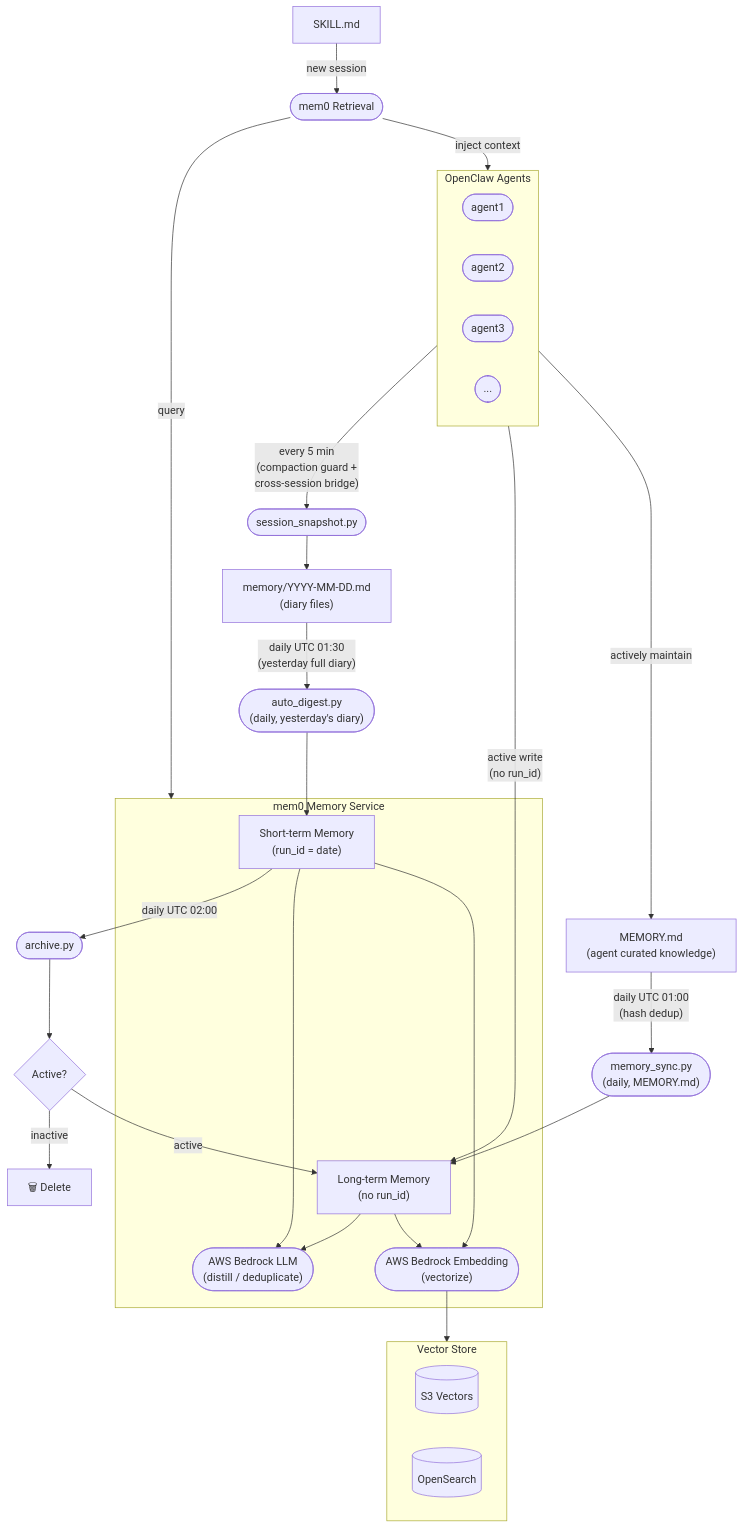
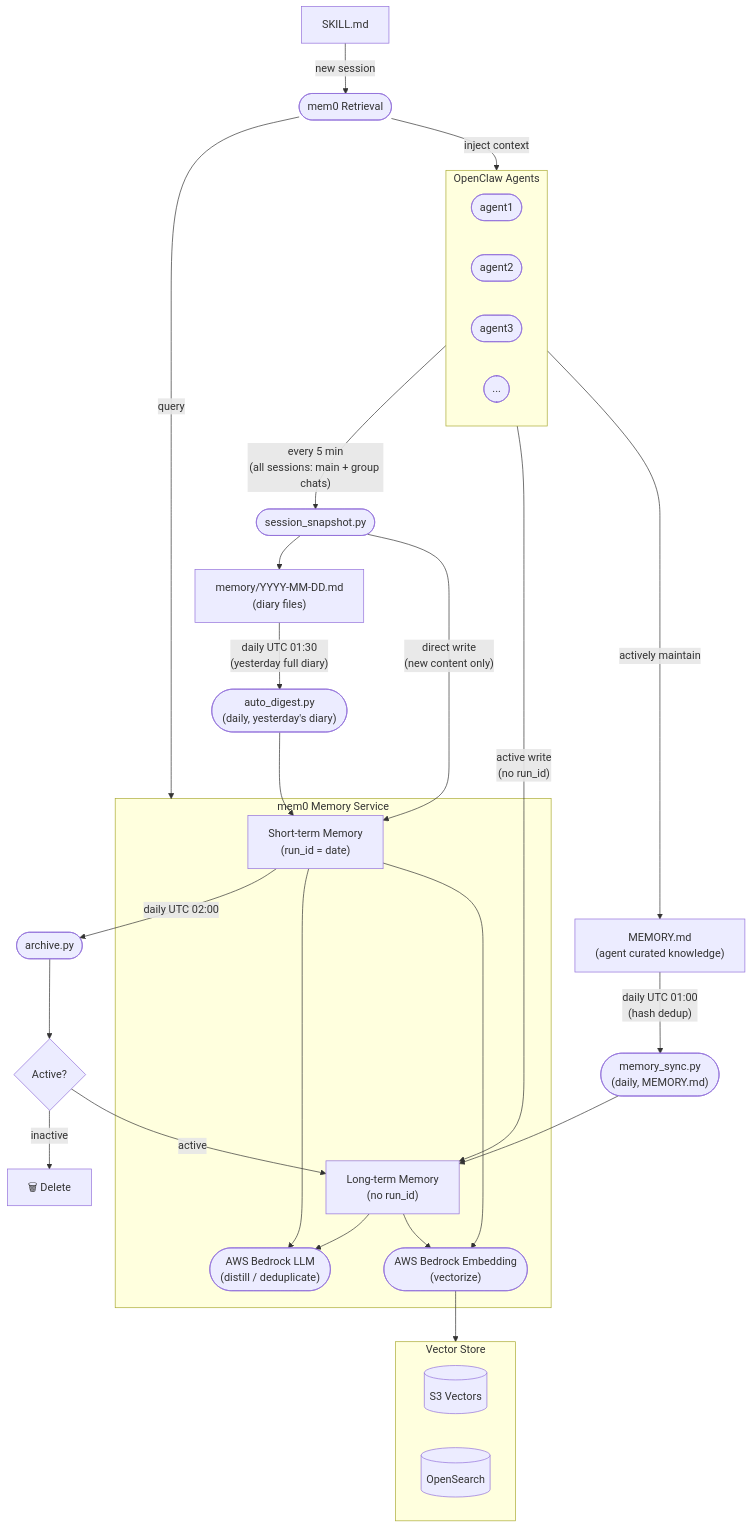
The diagram in docs/guide/architecture.md (norrishuang/mem0-memory-service), drawn with Mermaid before and after one commit. The commit also changed other lines of this file and 3 other files, not shown here.

First line of the commit message:
docs: update architecture and how-it-works for multi-session snapshot + mem0 real-time write

````diff
--- a/docs/guide/architecture.md
+++ b/docs/guide/architecture.md
@@ -5,56 +5,57 @@
 ```mermaid
 flowchart TD
     subgraph Agents["OpenClaw Agents"]
         A1(["agent1"])
         A2(["agent2"])
         A3(["agent3"])
         A4(["..."])
     end
 
     Diary["memory/YYYY-MM-DD.md\n(diary files)"]
     MemoryMD["MEMORY.md\n(agent curated knowledge)"]
     Snap(["session_snapshot.py"])
     Digest(["auto_digest.py\n(daily, yesterday's diary)"])
     Sync(["memory_sync.py\n(daily, MEMORY.md)"])
     Archive(["archive.py"])
 
     subgraph Mem0["mem0 Memory Service"]
         LLM(["AWS Bedrock LLM\n(distill / deduplicate)"])
         Embed(["AWS Bedrock Embedding\n(vectorize)"])
         STM["Short-term Memory\n(run_id = date)"]
         LTM["Long-term Memory\n(no run_id)"]
     end
 
     Decision{"Active?"}
 
     subgraph Store["Vector Store"]
         S3[("S3 Vectors")]
         OS[("OpenSearch")]
     end
 
     SKILL["SKILL.md"]
     Retrieve(["mem0 Retrieval"])
 
-    Agents -- "every 5 min\n(compaction guard +\ncross-session bridge)" --> Snap
+    Agents -- "every 5 min\n(all sessions: main + group chats)" --> Snap
     Agents -- "active write\n(no run_id)" --> LTM
     Agents -- "actively maintain" --> MemoryMD
     Snap --> Diary
+    Snap -- "direct write\n(new content only)" --> STM
     Diary -- "daily UTC 01:30\n(yesterday full diary)" --> Digest
     MemoryMD -- "daily UTC 01:00\n(hash dedup)" --> Sync
     Digest --> STM
     Sync --> LTM
     STM -- "daily UTC 02:00" --> Archive
     Archive --> Decision
     Decision -- "active" --> LTM
     Decision -- "inactive" --> Del["🗑 Delete"]
 
     STM --> LLM
     STM --> Embed
     LTM --> LLM
     LTM --> Embed
     Embed --> Store
 
     SKILL -- "new session" --> Retrieve
     Retrieve -- "query" --> Mem0
     Retrieve -- "inject context" --> Agents
 ```
````
